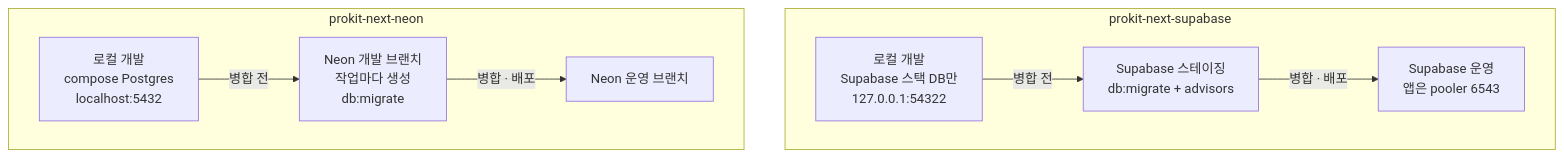
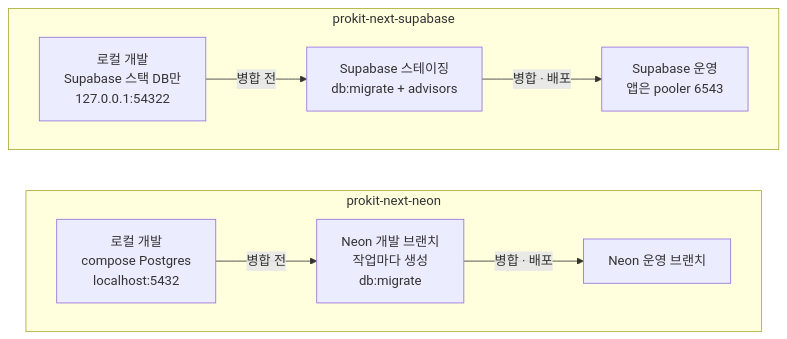
One commit to roadkwon-ai/pro-kit changed the first of 2 diagrams in handbook/templates/choose.md. Above: the diagram before and after it, drawn with Mermaid. The commit also changed other lines of this file and 26 other files, not shown here.

````diff
--- a/handbook/templates/choose.md
+++ b/handbook/templates/choose.md
@@ -9,16 +9,17 @@
 ```mermaid
 ---
 config:
   flowchart:
     wrappingWidth: 220
 ---
 flowchart TB
   subgraph SUPA["prokit-next-supabase"]
     S1["로컬 개발<br/>Supabase 스택 DB만<br/>127.0.0.1:54322"] -->|병합 전| S2["Supabase 스테이징<br/>db:migrate + advisors"]
     S2 -->|병합 · 배포| S3["Supabase 운영<br/>앱은 pooler 6543"]
   end
   subgraph NEON["prokit-next-neon"]
     N1["로컬 개발<br/>compose Postgres<br/>localhost:5432"] -->|병합 전| N2["Neon 개발 브랜치<br/>작업마다 생성<br/>db:migrate"]
     N2 -->|병합 · 배포| N3["Neon 운영 브랜치"]
   end
+  SUPA ~~~ NEON
 ```
````
